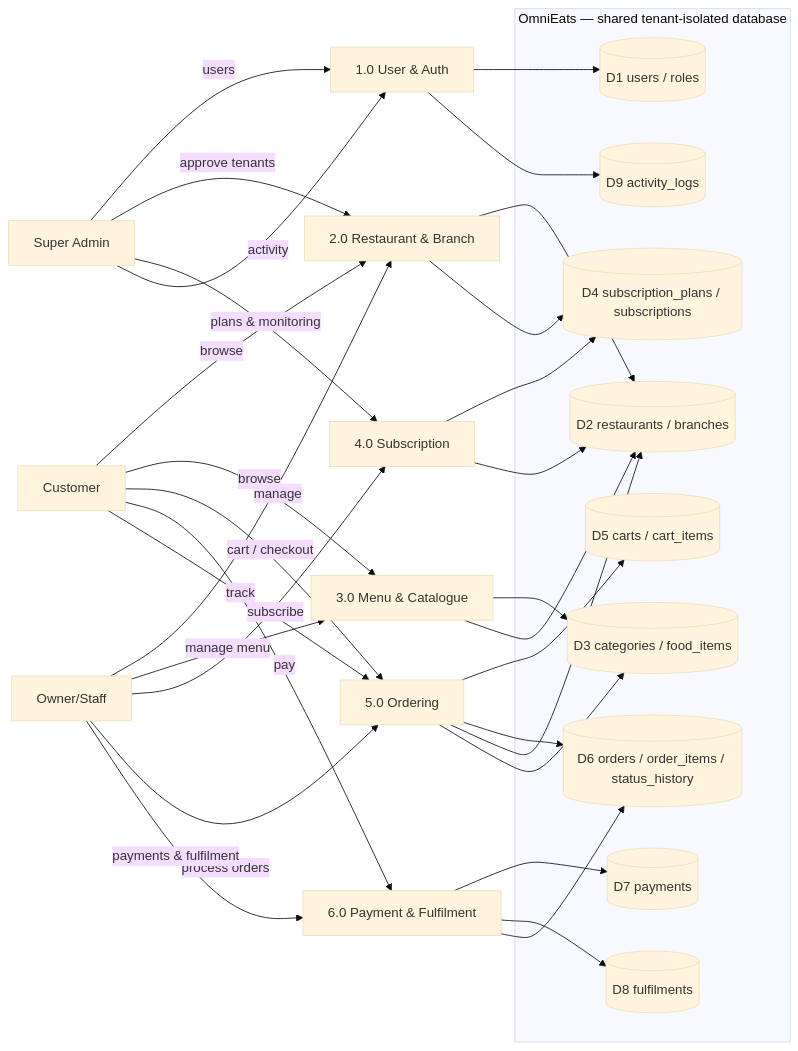
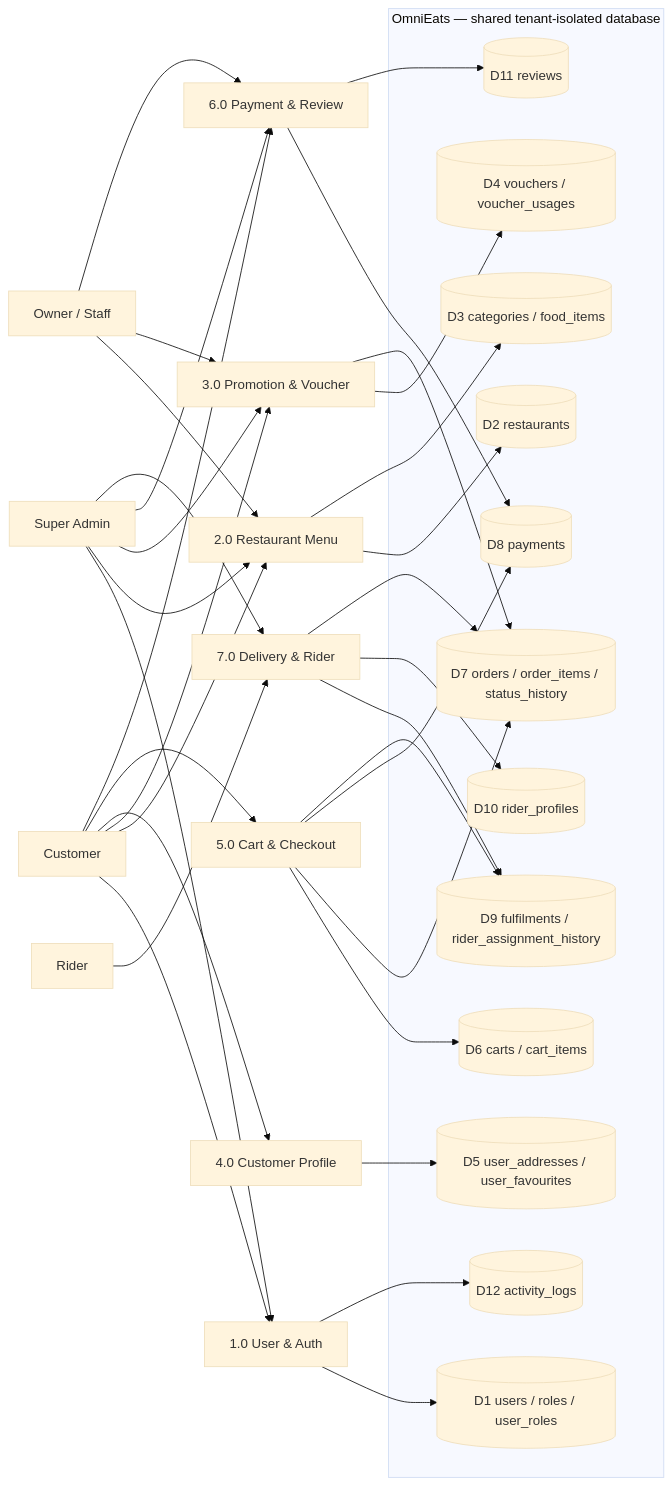
One commit to YongFeng07/OmniEats changed the second of 3 diagrams in docs/DFD.md. Above: the diagram before and after it, drawn with Mermaid (base theme). The commit also changed other lines of this file and 8 other files, not shown here.

````diff
--- a/docs/DFD.md
+++ b/docs/DFD.md
@@ -24,45 +28,39 @@
 ```mermaid
 flowchart LR
     subgraph PLATFORM[OmniEats — shared tenant-isolated database]
-        D1[(D1 users / roles)]
-        D2[(D2 restaurants / branches)]
+        D1[(D1 users / roles / user_roles)]
+        D2[(D2 restaurants)]
         D3[(D3 categories / food_items)]
-        D4[(D4 subscription_plans / subscriptions)]
-        D5[(D5 carts / cart_items)]
-        D6[(D6 orders / order_items / status_history)]
-        D7[(D7 payments)]
-        D8[(D8 fulfilments)]
-        D9[(D9 activity_logs)]
+        D4[(D4 vouchers / voucher_usages)]
+        D5[(D5 user_addresses / user_favourites)]
+        D6[(D6 carts / cart_items)]
+        D7[(D7 orders / order_items / status_history)]
+        D8[(D8 payments)]
+        D9[(D9 fulfilments / rider_assignment_history)]
+        D10[(D10 rider_profiles)]
+        D11[(D11 reviews)]
+        D12[(D12 activity_logs)]
     end
 
     P1[1.0 User & Auth] --> D1
-    P1 --> D9
-    P2[2.0 Restaurant & Branch] --> D2
-    P2 --> D4
-    P3[3.0 Menu & Catalogue] --> D3
-    P3 --> D2
-    P4[4.0 Subscription] --> D4
-    P4 --> D2
-    P5[5.0 Ordering] --> D5
-    P5 --> D6
-    P5 --> D2
-    P5 --> D3
-    P6[6.0 Payment & Fulfilment] --> D7
-    P6 --> D8
-    P6 --> D6
+    P1 --> D12
+    P2[2.0 Restaurant Menu] --> D2
+    P2 --> D3
+    P3[3.0 Promotion & Voucher] --> D4
+    P3 --> D7
+    P4[4.0 Customer Profile] --> D5
+    P5[5.0 Cart & Checkout] --> D6
+    P5 --> D7
+    P5 --> D8
+    P5 --> D9
+    P6[6.0 Payment & Review] --> D8
+    P6 --> D11
+    P7[7.0 Delivery & Rider] --> D9
+    P7 --> D10
+    P7 --> D7
 
-    CU[Customer] -->|browse| P2
-    CU -->|browse| P3
-    CU -->|cart / checkout| P5
-    CU -->|pay| P6
-    CU -->|track| P5
-    RO[Owner/Staff] -->|manage| P2
-    RO -->|manage menu| P3
-    RO -->|subscribe| P4
-    RO -->|process orders| P5
-    RO -->|payments & fulfilment| P6
-    SA[Super Admin] -->|users| P1
-    SA -->|approve tenants| P2
-    SA -->|plans & monitoring| P4
-    SA -->|activity| P1
+    CU[Customer] --> P1 & P2 & P3 & P4 & P5 & P6
+    RO[Owner / Staff] --> P2 & P3 & P6
+    SA[Super Admin] --> P1 & P2 & P3 & P6 & P7
+    RI[Rider] --> P7
 ```
````
